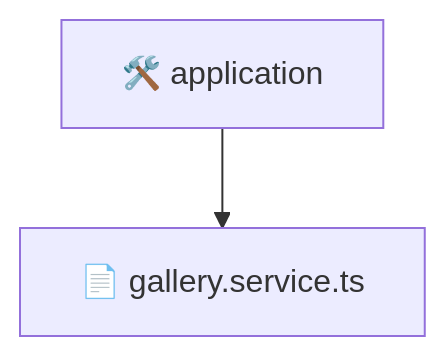
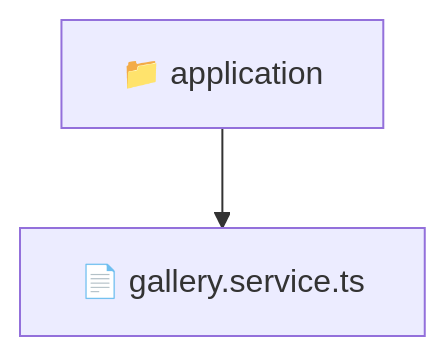
Before and after one commit to beginwebdev2002/fullstack-mavluda: the diagram in backend/src/modules/gallery/application/README.md, drawn with Mermaid. The commit also changed other lines of this file and 159 other files, not shown here.

````diff
--- a/backend/src/modules/gallery/application/README.md
+++ b/backend/src/modules/gallery/application/README.md
@@ -11,5 +9,5 @@
 ```mermaid
 graph TD
-  application["🛠️ application"]
-  application --> application_gallery_service_ts["📄 gallery.service.ts"]
+  Root["📁 application"]
+  Root --> gallery_service_ts["📄 gallery.service.ts"]
 ```
````
